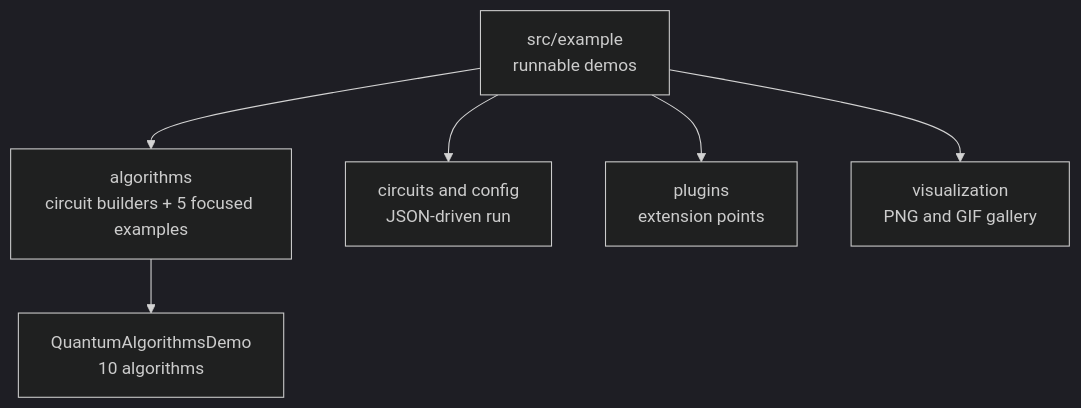
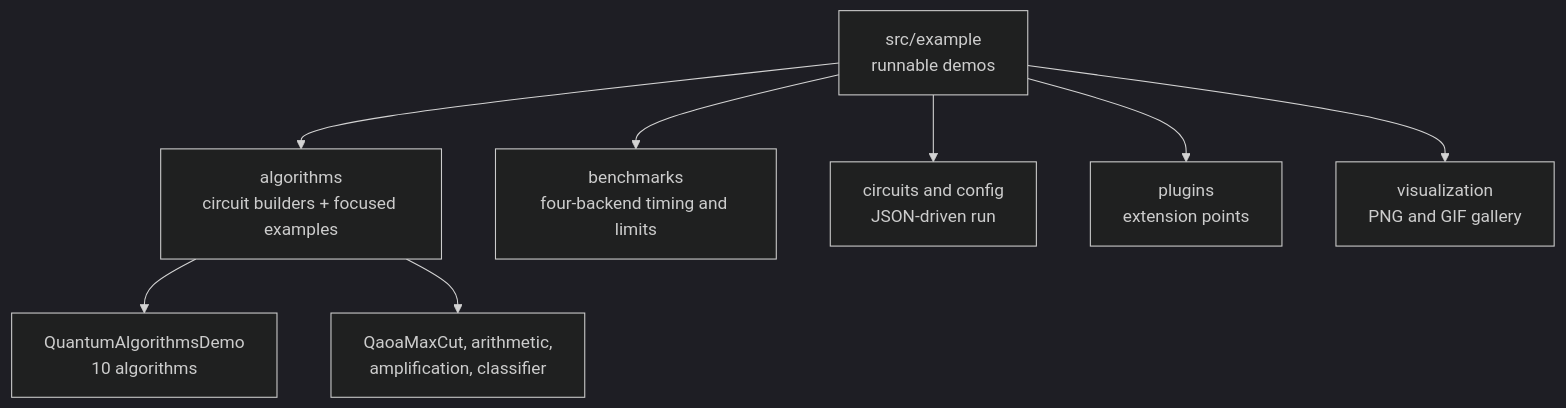
Before and after one commit to CharafeddineMechalikh/QForge: the diagram in src/example/README.md, drawn with Mermaid (dark theme). The commit also changed other lines of this file and 61 other files, not shown here.

````diff
--- a/src/example/README.md
+++ b/src/example/README.md
@@ -16,8 +16,10 @@
 ```mermaid
 flowchart TD
-    TOP["src/example<br/>runnable demos"] --> ALG["algorithms<br/>circuit builders + 5 focused examples"]
+    TOP["src/example<br/>runnable demos"] --> ALG["algorithms<br/>circuit builders + focused examples"]
+    TOP --> BENCH["benchmarks<br/>four-backend timing and limits"]
     TOP --> JSON["circuits and config<br/>JSON-driven run"]
     TOP --> PLUG["plugins<br/>extension points"]
     TOP --> VIZ["visualization<br/>PNG and GIF gallery"]
     ALG --> DEMO["QuantumAlgorithmsDemo<br/>10 algorithms"]
+    ALG --> STAND["QaoaMaxCut, arithmetic,<br/>amplification, classifier"]
 ```
````
